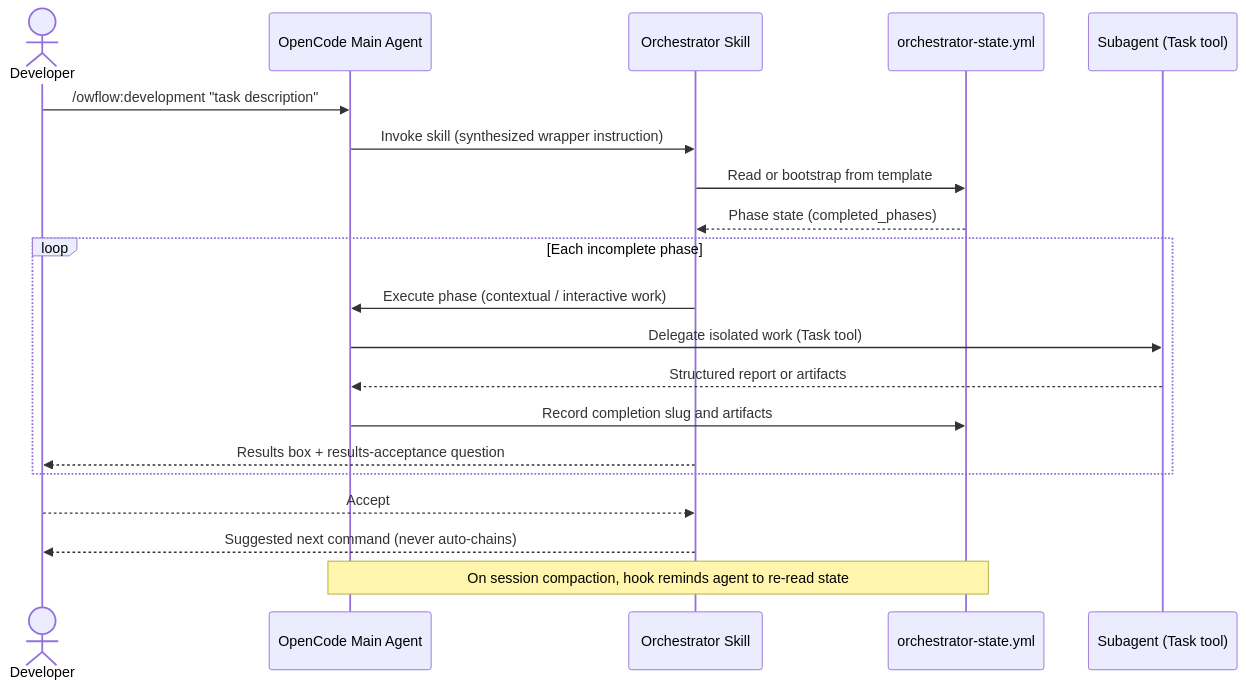
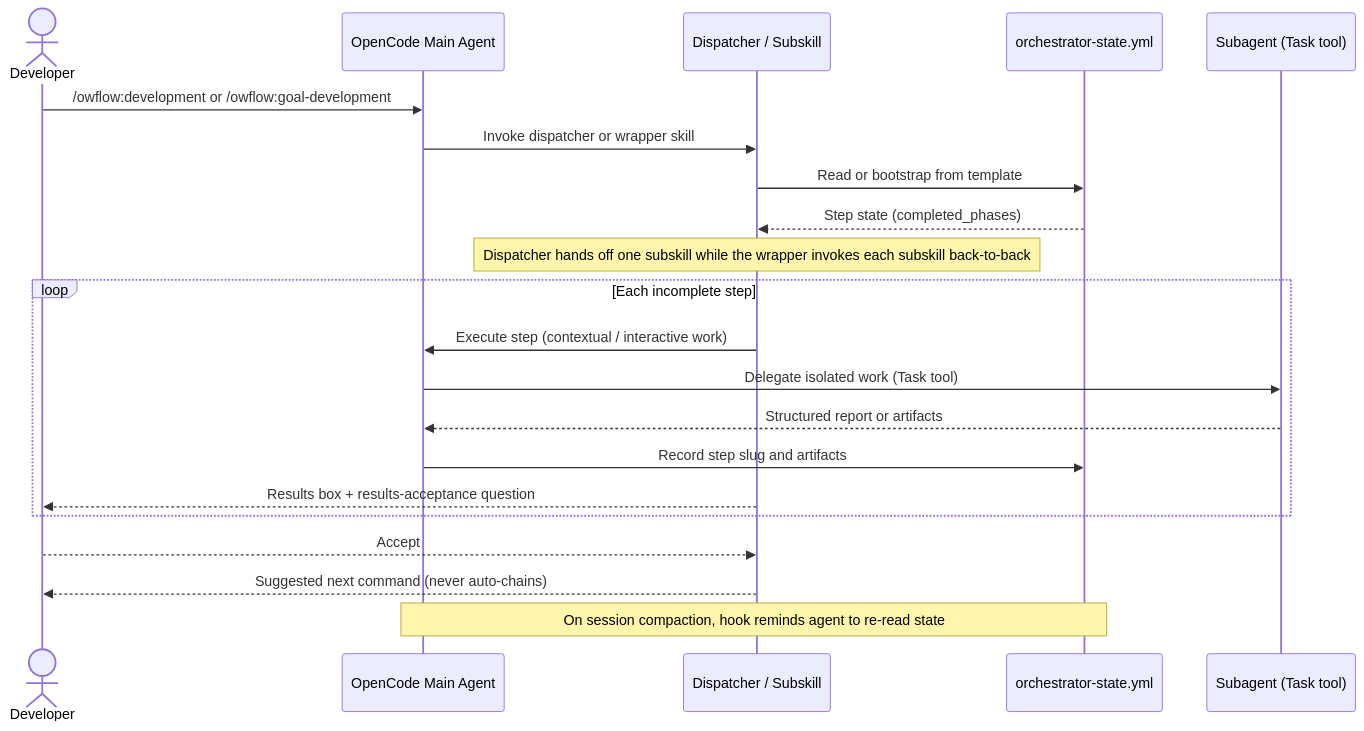
One commit to palucdev/owflow changed the second of 2 diagrams in .owflow/docs/project/architecture.md. Above: the diagram before and after it, drawn with Mermaid. The commit also changed other lines of this file and 36 other files, not shown here.

````diff
--- a/.owflow/docs/project/architecture.md
+++ b/.owflow/docs/project/architecture.md
@@ -94,23 +94,24 @@
 ```mermaid
 sequenceDiagram
   actor Dev as Developer
   participant Host as OpenCode Main Agent
-  participant Skill as Orchestrator Skill
+  participant Skill as Dispatcher / Subskill
   participant State as orchestrator-state.yml
   participant Sub as Subagent (Task tool)
 
-  Dev->>Host: /owflow:development "task description"
-  Host->>Skill: Invoke skill (synthesized wrapper instruction)
+  Dev->>Host: /owflow:development or /owflow:goal-development
+  Host->>Skill: Invoke dispatcher or wrapper skill
   Skill->>State: Read or bootstrap from template
-  State-->>Skill: Phase state (completed_phases)
-  loop Each incomplete phase
-    Skill->>Host: Execute phase (contextual / interactive work)
+  State-->>Skill: Step state (completed_phases)
+  Note over Skill: Dispatcher hands off one subskill while the wrapper invokes each subskill back-to-back
+  loop Each incomplete step
+    Skill->>Host: Execute step (contextual / interactive work)
     Host->>Sub: Delegate isolated work (Task tool)
     Sub-->>Host: Structured report or artifacts
-    Host->>State: Record completion slug and artifacts
+    Host->>State: Record step slug and artifacts
     Skill-->>Dev: Results box + results-acceptance question
   end
   Dev-->>Skill: Accept
   Skill-->>Dev: Suggested next command (never auto-chains)
   Note over Host,State: On session compaction, hook reminds agent to re-read state
 ```
````
